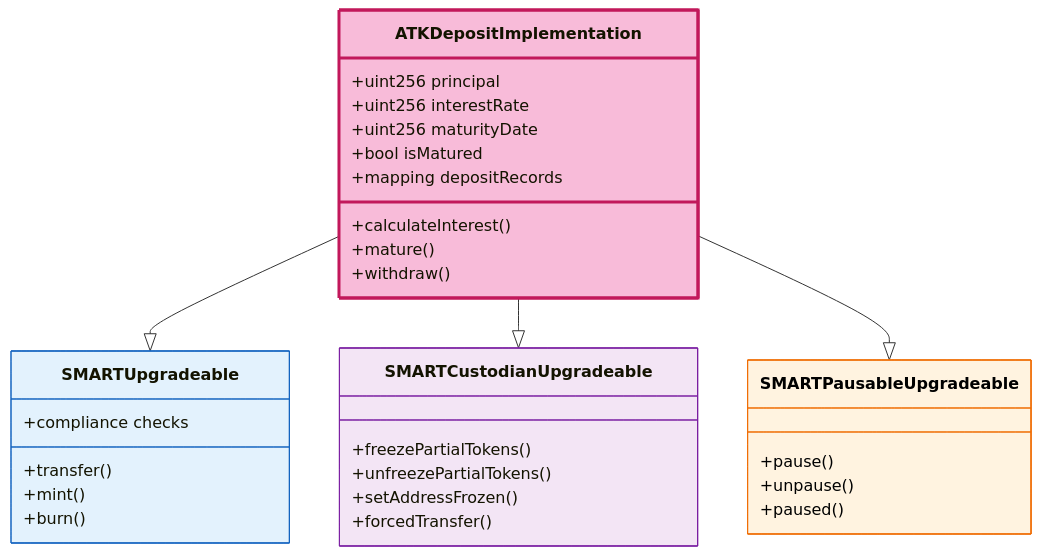
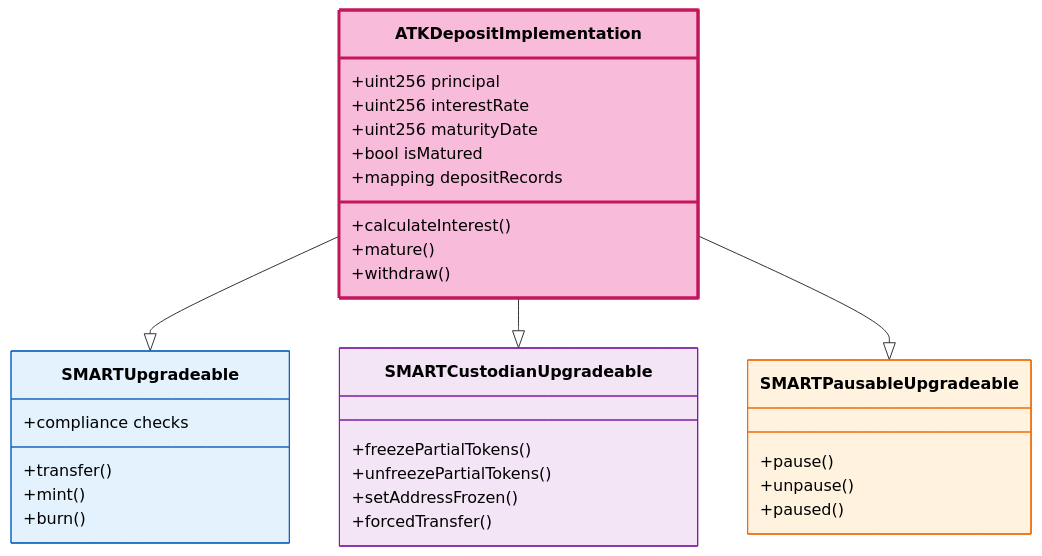
One commit to settlemint/asset-tokenization-kit changed the first of 7 diagrams in designdocs/07-deposit-asset-workflow.md. Above: the diagram before and after it, drawn with Mermaid. The commit also changed other lines of this file and 18 other files, not shown here.

````diff
--- a/designdocs/07-deposit-asset-workflow.md
+++ b/designdocs/07-deposit-asset-workflow.md
@@ -9,43 +9,43 @@
 ```mermaid
 classDiagram
     class ATKDepositImplementation {
         +uint256 principal
         +uint256 interestRate
         +uint256 maturityDate
         +bool isMatured
         +mapping depositRecords
         
         +calculateInterest()
         +mature()
         +withdraw()
     }
     
     class SMARTUpgradeable {
         +transfer()
         +mint()
         +burn()
         +compliance checks
     }
     
     class SMARTCustodianUpgradeable {
         +freezePartialTokens()
         +unfreezePartialTokens()
         +setAddressFrozen()
         +forcedTransfer()
     }
     
     class SMARTPausableUpgradeable {
         +pause()
         +unpause()
         +paused()
     }
     
     ATKDepositImplementation --|> SMARTUpgradeable
     ATKDepositImplementation --|> SMARTCustodianUpgradeable
     ATKDepositImplementation --|> SMARTPausableUpgradeable
     
-    style ATKDepositImplementation fill:#f8bbd9,stroke:#c2185b,stroke-width:3px
-    style SMARTUpgradeable fill:#e3f2fd,stroke:#1565c0
-    style SMARTCustodianUpgradeable fill:#f3e5f5,stroke:#7b1fa2
-    style SMARTPausableUpgradeable fill:#fff3e0,stroke:#ef6c00,color:#000000,color:#000000
+    style ATKDepositImplementation fill:#f8bbd9,stroke:#c2185b,color:#000000,stroke-width:3px
+    style SMARTUpgradeable fill:#e3f2fd,stroke:#1565c0,color:#000000
+    style SMARTCustodianUpgradeable fill:#f3e5f5,stroke:#7b1fa2,color:#000000
+    style SMARTPausableUpgradeable fill:#fff3e0,stroke:#ef6c00,color:#000000
 ```
````
